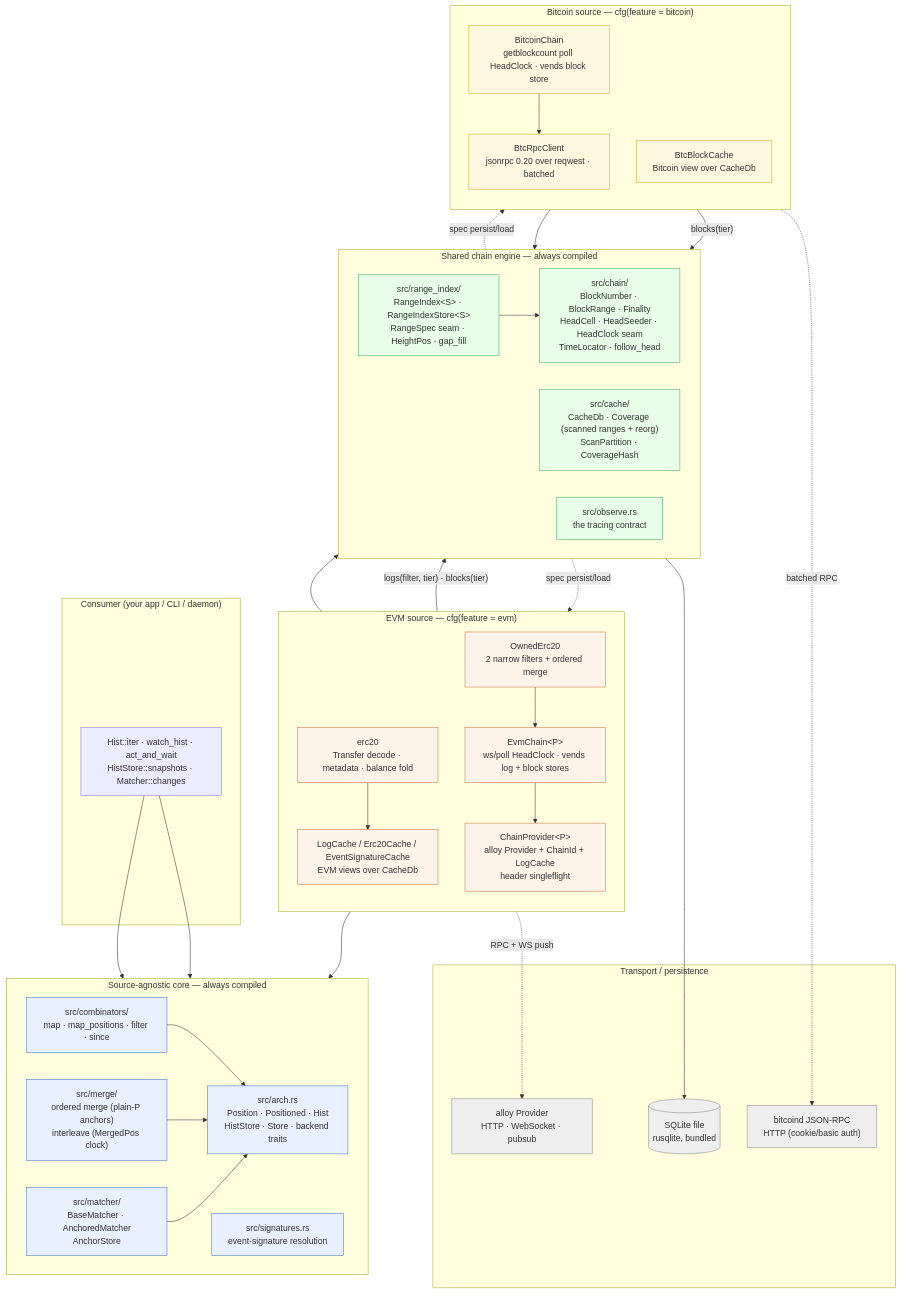
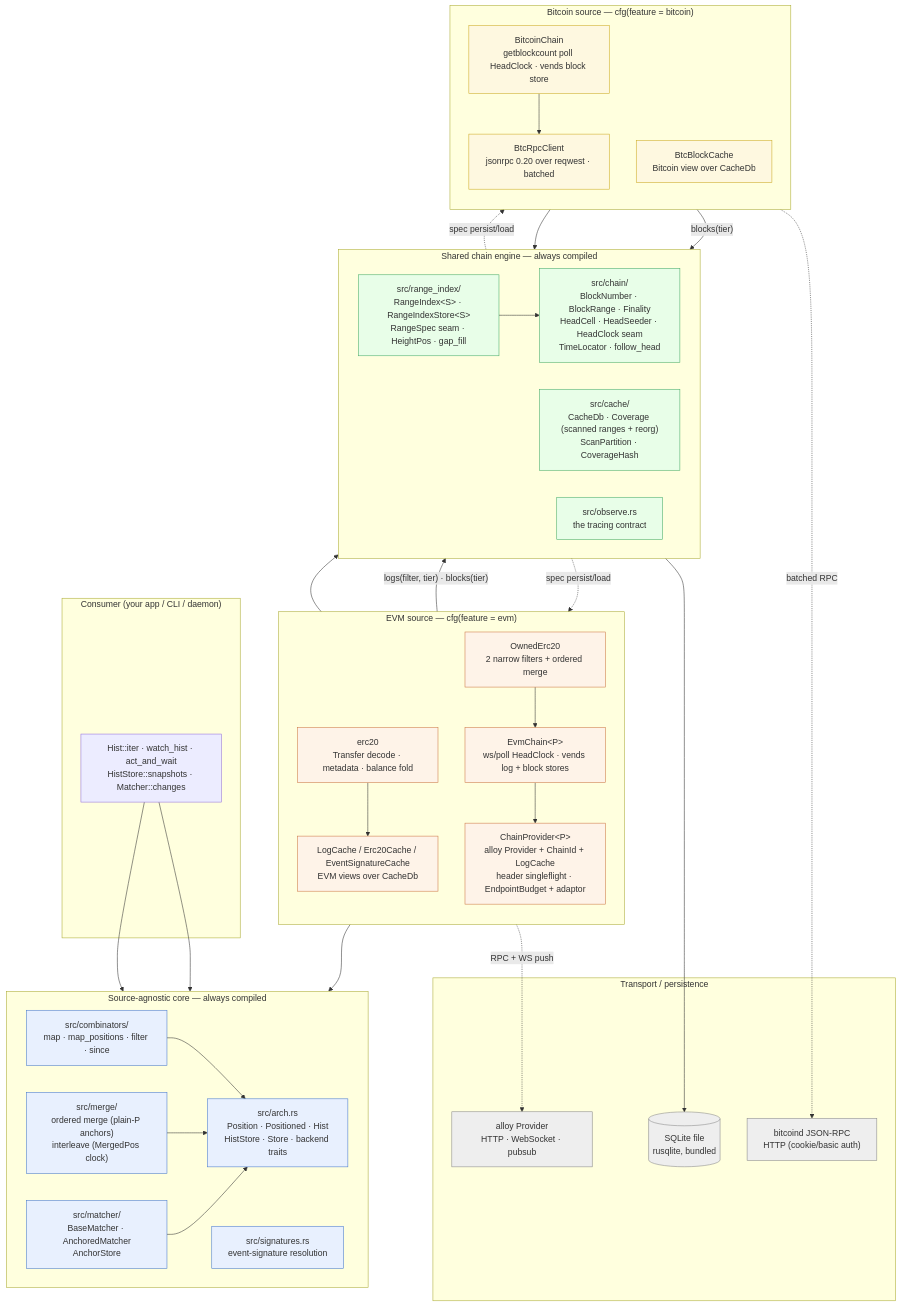
Before and after one commit to nikicat/chainfold: the second of 12 diagrams in docs/ARCHITECTURE.md, drawn with Mermaid. The commit also changed other lines of this file and 10 other files, not shown here.

````diff
--- a/docs/ARCHITECTURE.md
+++ b/docs/ARCHITECTURE.md
@@ -141,77 +145,77 @@
 ```mermaid
 flowchart TB
     subgraph CONSUMER["Consumer (your app / CLI / daemon)"]
         UserCode["Hist::iter · watch_hist · act_and_wait<br/>HistStore::snapshots · Matcher::changes"]
     end
 
     subgraph CORE["Source-agnostic core — always compiled"]
         direction LR
         arch["src/arch.rs<br/>Position · Positioned · Hist<br/>HistStore · Store · backend traits"]
         combinators["src/combinators/<br/>map · map_positions · filter · since"]
         merge["src/merge/<br/>ordered merge (plain-P anchors)<br/>interleave (MergedPos clock)"]
         matcher["src/matcher/<br/>BaseMatcher · AnchoredMatcher<br/>AnchorStore"]
         signatures["src/signatures.rs<br/>event-signature resolution"]
     end
 
     subgraph ENGINE["Shared chain engine — always compiled"]
         direction LR
         chainmod["src/chain/<br/>BlockNumber · BlockRange · Finality<br/>HeadCell · HeadSeeder · HeadClock seam<br/>TimeLocator · follow_head"]
         RangeIndex["src/range_index/<br/>RangeIndex&lt;S&gt; · RangeIndexStore&lt;S&gt;<br/>RangeSpec seam · HeightPos · gap_fill"]
         Cache["src/cache/<br/>CacheDb · Coverage (scanned ranges + reorg)<br/>ScanPartition · CoverageHash"]
         observe["src/observe.rs<br/>the tracing contract"]
     end
 
     subgraph EVM["EVM source — cfg(feature = evm)"]
         direction TB
         EvmChain["EvmChain&lt;P&gt;<br/>ws/poll HeadClock · vends log + block stores"]
         OwnedErc20["OwnedErc20<br/>2 narrow filters + ordered merge"]
         Erc20["erc20<br/>Transfer decode · metadata · balance fold"]
         LogCache["LogCache / Erc20Cache / EventSignatureCache<br/>EVM views over CacheDb"]
-        ChainProvider["ChainProvider&lt;P&gt;<br/>alloy Provider + ChainId + LogCache<br/>header singleflight"]
+        ChainProvider["ChainProvider&lt;P&gt;<br/>alloy Provider + ChainId + LogCache<br/>header singleflight · EndpointBudget + adaptor"]
     end
 
     subgraph BTC["Bitcoin source — cfg(feature = bitcoin)"]
         direction TB
         BitcoinChain["BitcoinChain<br/>getblockcount poll HeadClock · vends block store"]
         BtcCache["BtcBlockCache<br/>Bitcoin view over CacheDb"]
         BtcRpc["BtcRpcClient<br/>jsonrpc 0.20 over reqwest · batched"]
     end
 
     subgraph TRANSPORT["Transport / persistence"]
         Alloy["alloy Provider<br/>HTTP · WebSocket · pubsub"]
         Bitcoind["bitcoind JSON-RPC<br/>HTTP (cookie/basic auth)"]
         SQLite[("SQLite file<br/>rusqlite, bundled")]
     end
 
     UserCode --> arch
     UserCode --> matcher
     combinators --> arch
     merge --> arch
     matcher --> arch
     RangeIndex --> chainmod
     OwnedErc20 --> merge
     OwnedErc20 --> EvmChain
     Erc20 --> LogCache
     EvmChain -- "logs(filter, tier) · blocks(tier)" --> RangeIndex
     EvmChain --> ChainProvider
     BitcoinChain -- "blocks(tier)" --> RangeIndex
     BitcoinChain --> BtcRpc
     LogCache --> Cache
     BtcCache --> Cache
     RangeIndex -.spec persist/load.-> LogCache
     RangeIndex -.spec persist/load.-> BtcCache
     ChainProvider -.RPC + WS push.-> Alloy
     BtcRpc -.batched RPC.-> Bitcoind
     Cache --> SQLite
 
     classDef core fill:#e8f0fe,stroke:#4477cc
     classDef engine fill:#e8fee8,stroke:#44aa66
     classDef evm fill:#fef3e8,stroke:#cc7744
     classDef btc fill:#fef8e0,stroke:#ccaa22
     classDef transport fill:#eee,stroke:#888
     class arch,combinators,merge,matcher,signatures core
     class chainmod,RangeIndex,Cache,observe engine
     class EvmChain,OwnedErc20,Erc20,LogCache,ChainProvider evm
     class BitcoinChain,BtcCache,BtcRpc btc
     class Alloy,Bitcoind,SQLite transport
 ```
````
